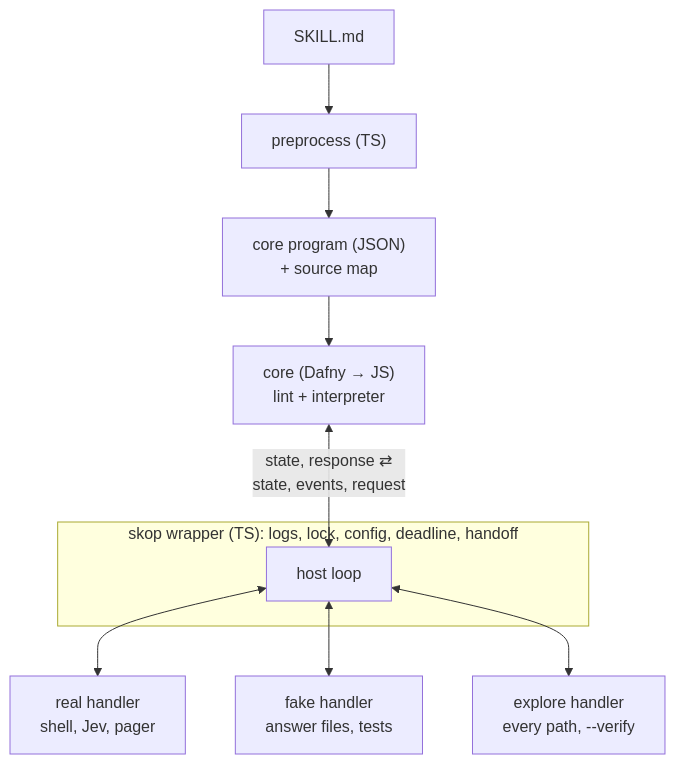
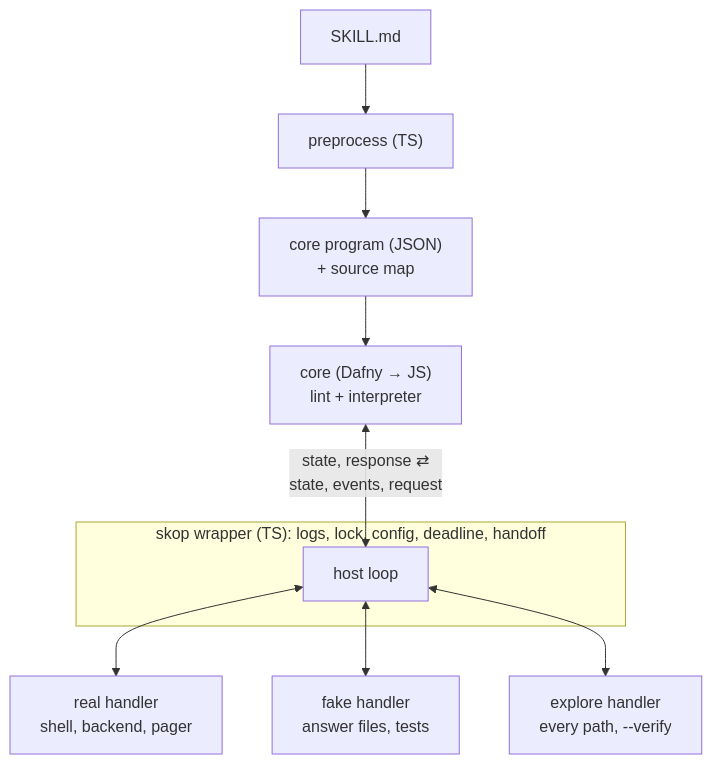
Before and after one commit to mattyv/skope: the first of 7 diagrams in SPEC.md, drawn with Mermaid. The commit also changed other lines of this file, not shown here.

First line of the commit message:
Make the spec backend-neutral and add a backend contract (rev 14)

````diff
--- a/SPEC.md
+++ b/SPEC.md
@@ -70,13 +70,13 @@
 ```mermaid
 flowchart TD
   md["SKILL.md"] --> pre["preprocess (TS)"]
   pre --> json["core program (JSON)<br/>+ source map"]
   json --> core["core (Dafny → JS)<br/>lint + interpreter"]
   subgraph skop["skop wrapper (TS): logs, lock, config, deadline, handoff"]
     loop["host loop"]
   end
   core <-->|"state, response ⇄<br/>state, events, request"| loop
-  loop <--> real["real handler<br/>shell, Jev, pager"]
+  loop <--> real["real handler<br/>shell, backend, pager"]
   loop <--> fake["fake handler<br/>answer files, tests"]
   loop <--> explore["explore handler<br/>every path, --verify"]
 ```
````
